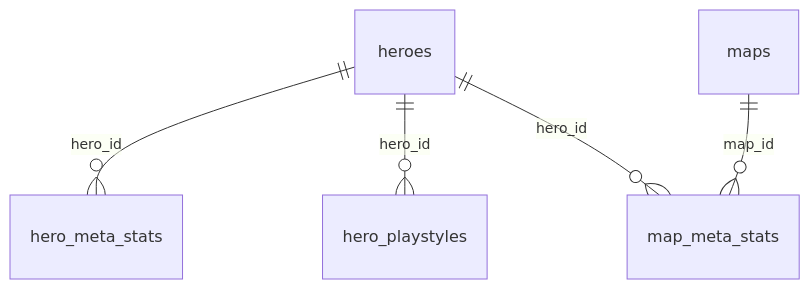
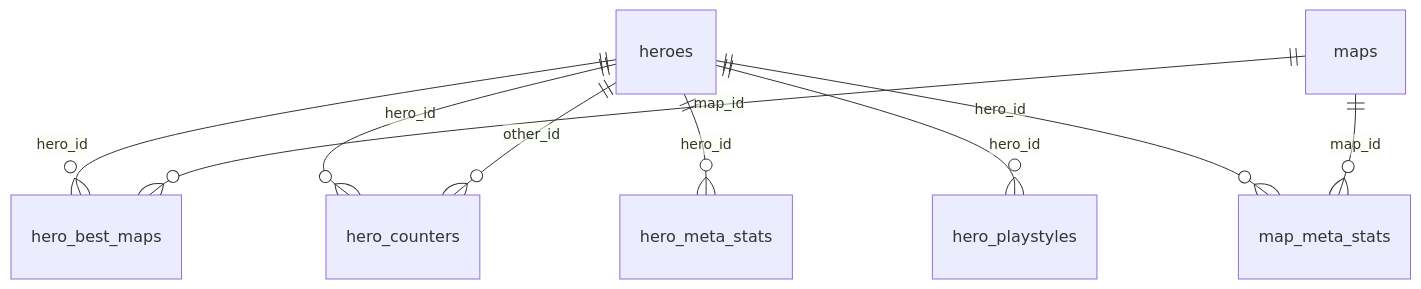
Before and after one commit to mmikol/overwatch-db: the fourth of 4 diagrams in docs/erd.md, drawn with Mermaid. The commit also changed other lines of this file and 21 other files, not shown here.

````diff
--- a/docs/erd.md
+++ b/docs/erd.md
@@ -66,7 +71,11 @@
 ```mermaid
 erDiagram
+    heroes ||--o{ hero_best_maps : "hero_id"
+    heroes ||--o{ hero_counters : "hero_id"
+    heroes ||--o{ hero_counters : "other_id"
     heroes ||--o{ hero_meta_stats : "hero_id"
     heroes ||--o{ hero_playstyles : "hero_id"
     heroes ||--o{ map_meta_stats : "hero_id"
+    maps ||--o{ hero_best_maps : "map_id"
     maps ||--o{ map_meta_stats : "map_id"
 ```
````
